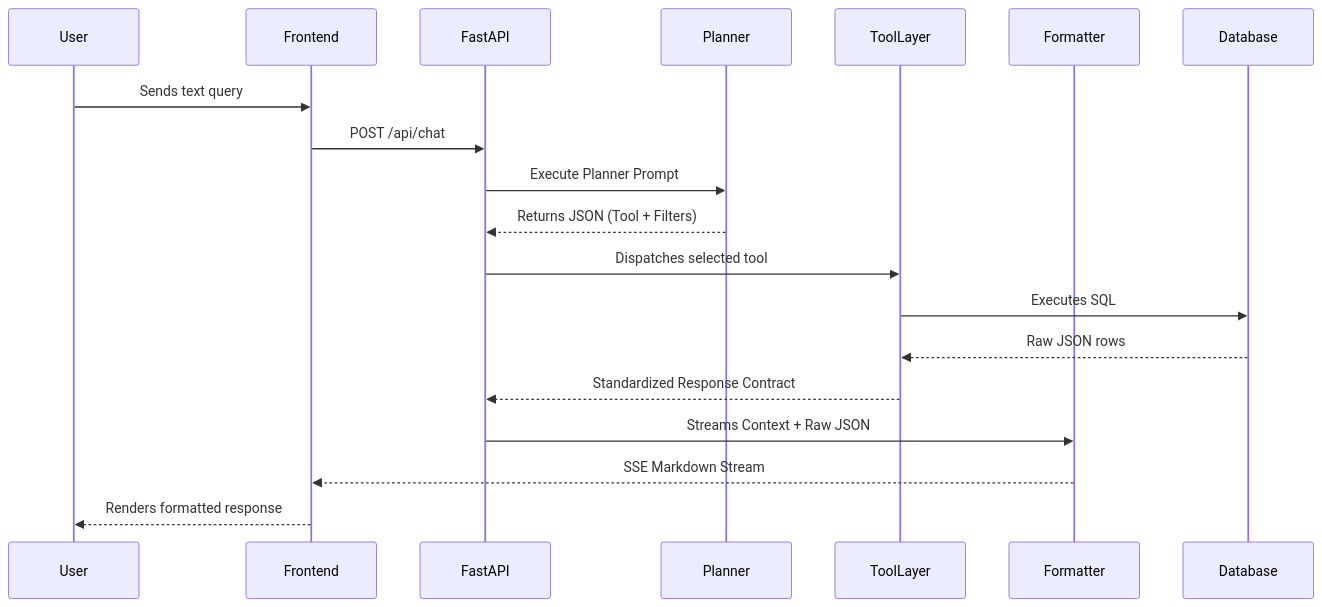
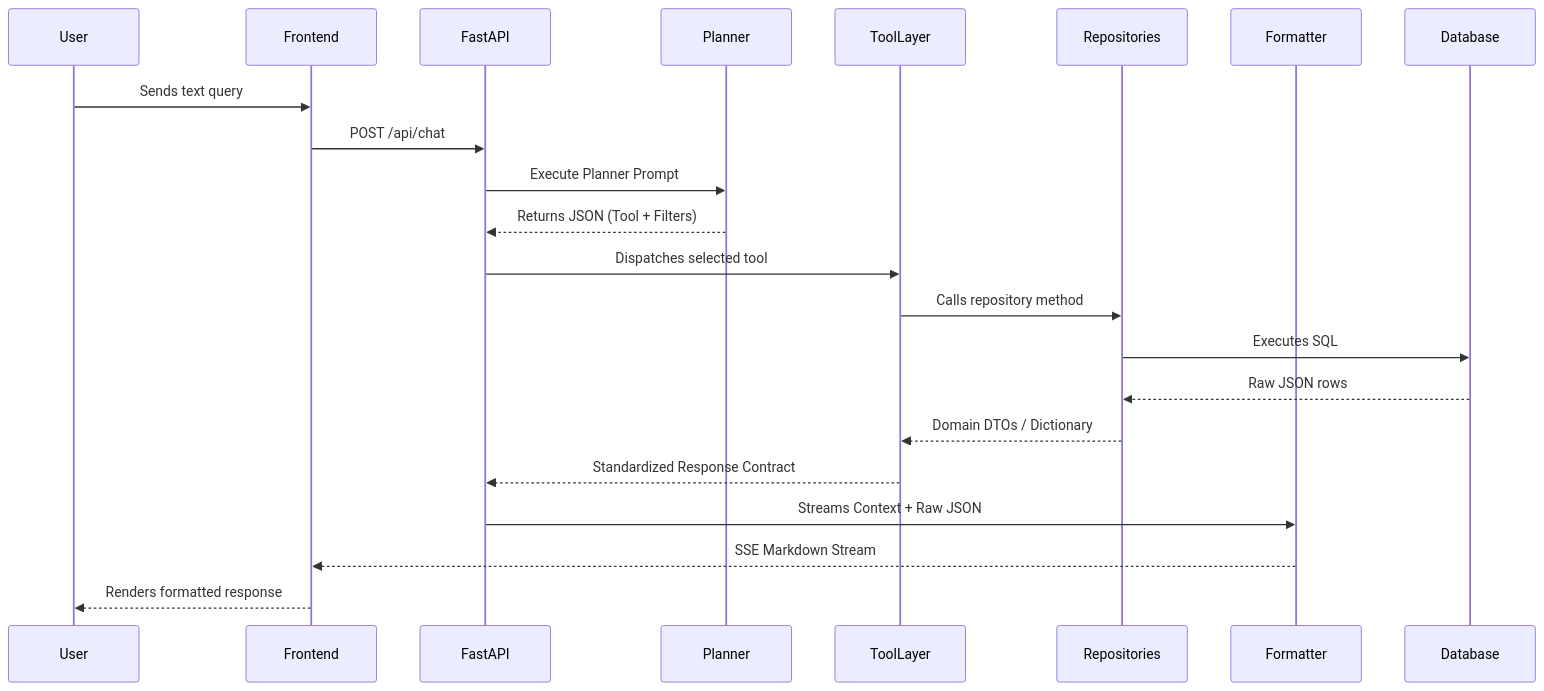
The second of 5 diagrams in architecture_diagrams.md (JayKrishna05/Chem-AI-Experimental-Assistant), drawn with Mermaid before and after one commit. The commit also changed other lines of this file and 56 other files, not shown here.

````diff
--- a/architecture_diagrams.md
+++ b/architecture_diagrams.md
@@ -38,21 +46,24 @@
 ```mermaid
 sequenceDiagram
     participant User
     participant Frontend
     participant FastAPI
     participant Planner
     participant ToolLayer
+    participant Repositories
     participant Formatter
 
     User->>Frontend: Sends text query
     Frontend->>FastAPI: POST /api/chat
     FastAPI->>Planner: Execute Planner Prompt
     Planner-->>FastAPI: Returns JSON (Tool + Filters)
     FastAPI->>ToolLayer: Dispatches selected tool
-    ToolLayer->>Database: Executes SQL
-    Database-->>ToolLayer: Raw JSON rows
+    ToolLayer->>Repositories: Calls repository method
+    Repositories->>Database: Executes SQL
+    Database-->>Repositories: Raw JSON rows
+    Repositories-->>ToolLayer: Domain DTOs / Dictionary
     ToolLayer-->>FastAPI: Standardized Response Contract
     FastAPI->>Formatter: Streams Context + Raw JSON
     Formatter-->>Frontend: SSE Markdown Stream
     Frontend-->>User: Renders formatted response
 ```
````
